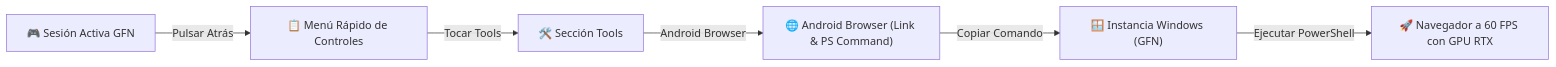
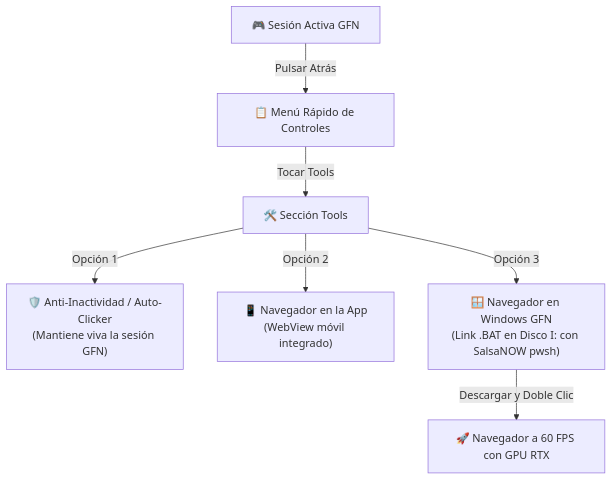
One commit to anhot11/nOpenNow changed the diagram in README.md. Above: the diagram before and after it, drawn with Mermaid. The commit also changed other lines of this file, not shown here.

Commit message:
docs: Document Anti-AFK and In-App Browser features

````diff
--- a/README.md
+++ b/README.md
@@ -20,8 +22,11 @@
 ```mermaid
-flowchart LR
+flowchart TD
     Stream["🎮 Sesión Activa GFN"] -->|Pulsar Atrás| Menu["📋 Menú Rápido de Controles"]
     Menu -->|Tocar Tools| Tools["🛠️ Sección Tools"]
-    Tools -->|Android Browser| BrowserModal["🌐 Android Browser (Link & PS Command)"]
-    BrowserModal -->|Copiar Comando| Windows["🪟 Instancia Windows (GFN)"]
-    Windows -->|Ejecutar PowerShell| RunningBrowser["🚀 Navegador a 60 FPS con GPU RTX"]
+    
+    Tools -->|Opción 1| AntiAFK["🛡️ Anti-Inactividad / Auto-Clicker\n(Mantiene viva la sesión GFN)"]
+    Tools -->|Opción 2| InAppBrowser["📱 Navegador en la App\n(WebView móvil integrado)"]
+    Tools -->|Opción 3| WinBrowser["🪟 Navegador en Windows GFN\n(Link .BAT en Disco I: con SalsaNOW pwsh)"]
+    
+    WinBrowser -->|Descargar y Doble Clic| RunningBrowser["🚀 Navegador a 60 FPS con GPU RTX"]
 ```
````
